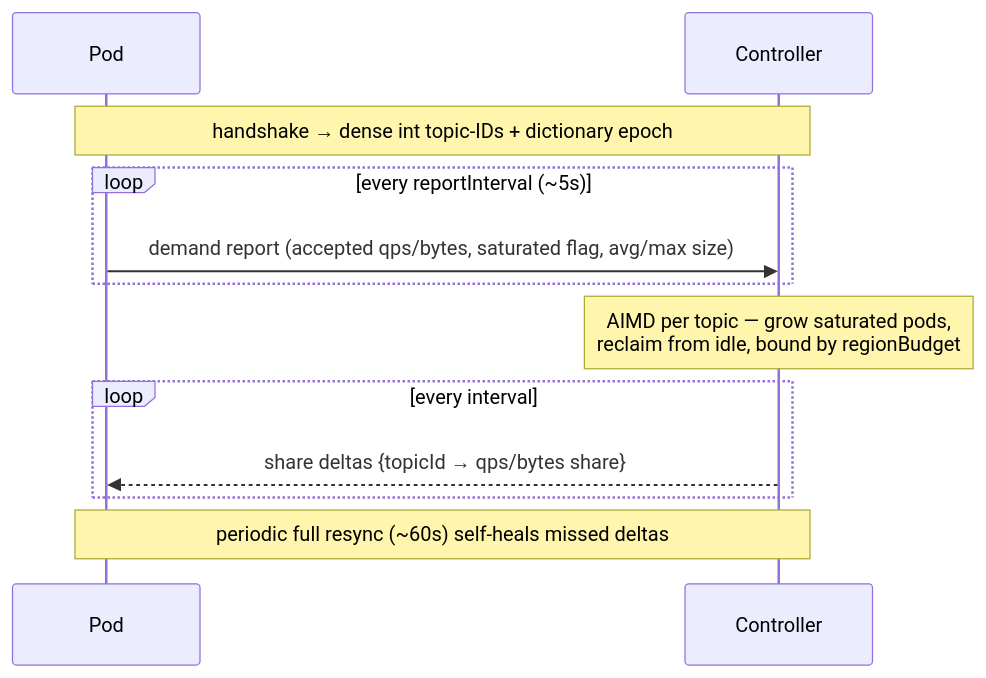
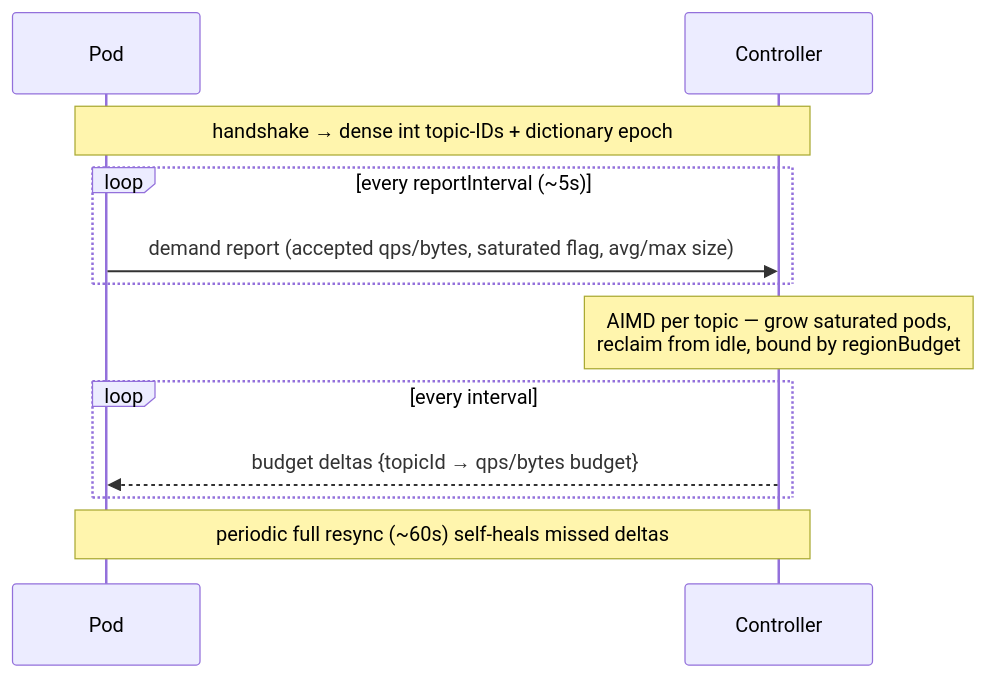
The fifth of 5 diagrams in vips/VIP-0001.md (flipkart-incubator/varadhi), drawn with Mermaid before and after one commit. The commit also changed other lines of this file and 25 other files, not shown here.

````diff
--- a/vips/VIP-0001.md
+++ b/vips/VIP-0001.md
@@ -555,14 +554,14 @@
 ```mermaid
 sequenceDiagram
     participant Pod
     participant Controller
     Note over Pod,Controller: handshake → dense int topic-IDs + dictionary epoch
     loop every reportInterval (~5s)
         Pod->>Controller: demand report (accepted qps/bytes, saturated flag, avg/max size)
     end
     Note over Controller: AIMD per topic — grow saturated pods,<br/>reclaim from idle, bound by regionBudget
     loop every interval
-        Controller-->>Pod: share deltas {topicId → qps/bytes share}
+        Controller-->>Pod: budget deltas {topicId → qps/bytes budget}
     end
     Note over Controller,Pod: periodic full resync (~60s) self-heals missed deltas
 ```
````
